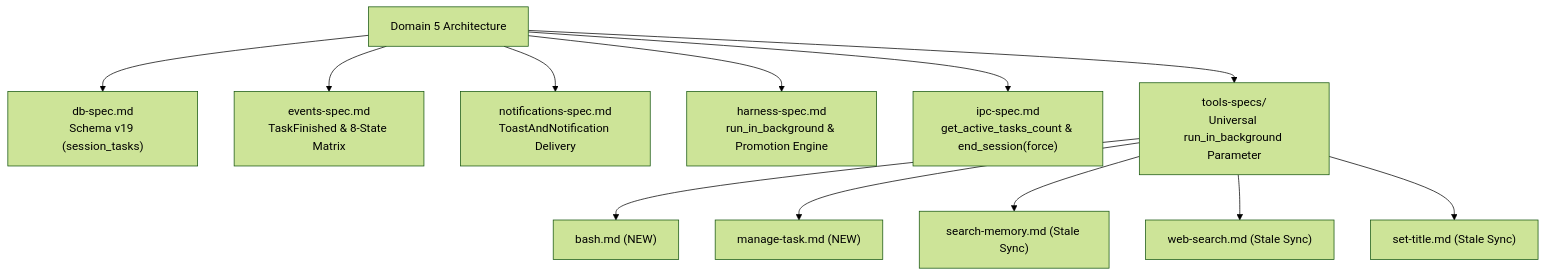
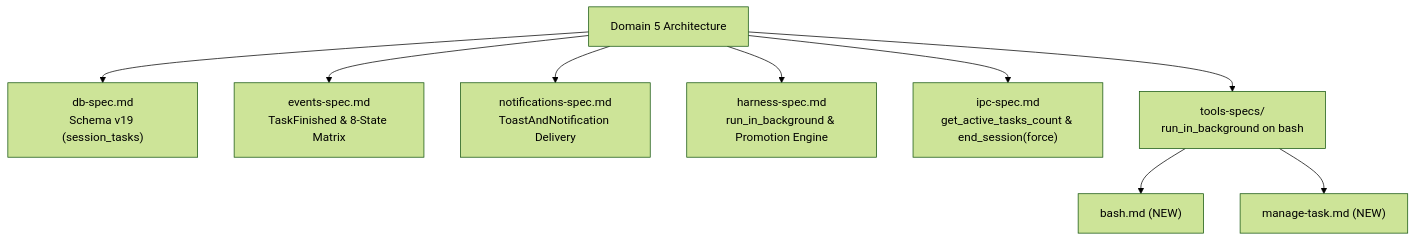
Before and after one commit to addy-47/vox: the diagram in docs/plans/phase14/domain-5-background-tasks.md, drawn with Mermaid (forest theme). The commit also changed other lines of this file and 3 other files, not shown here.

````diff
--- a/docs/plans/phase14/domain-5-background-tasks.md
+++ b/docs/plans/phase14/domain-5-background-tasks.md
@@ -111,15 +112,12 @@
 ```mermaid
 flowchart TD
     D5["Domain 5 Architecture"] --> DB["db-spec.md<br/>Schema v19 (session_tasks)"]
     D5 --> EVT["events-spec.md<br/>TaskFinished & 8-State Matrix"]
     D5 --> NOTIF["notifications-spec.md<br/>ToastAndNotification Delivery"]
     D5 --> HARN["harness-spec.md<br/>run_in_background & Promotion Engine"]
     D5 --> IPC["ipc-spec.md<br/>get_active_tasks_count & end_session(force)"]
-    D5 --> TOOLS["tools-specs/<br/>Universal run_in_background Parameter"]
+    D5 --> TOOLS["tools-specs/<br/>run_in_background on bash"]
     
     TOOLS --> T_BASH["bash.md (NEW)"]
     TOOLS --> T_MANAGE["manage-task.md (NEW)"]
-    TOOLS --> T_SEARCH["search-memory.md (Stale Sync)"]
-    TOOLS --> T_WEB["web-search.md (Stale Sync)"]
-    TOOLS --> T_TITLE["set-title.md (Stale Sync)"]
 ```
````
